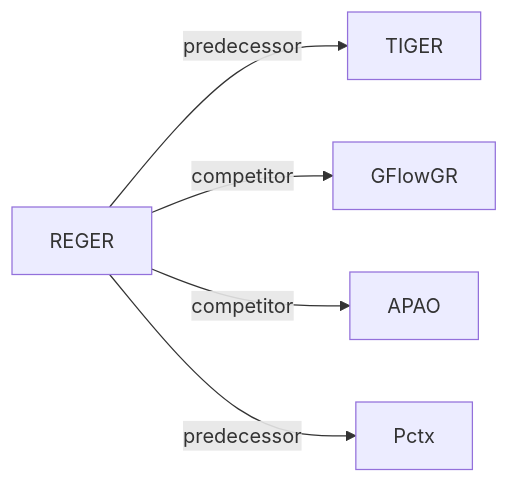
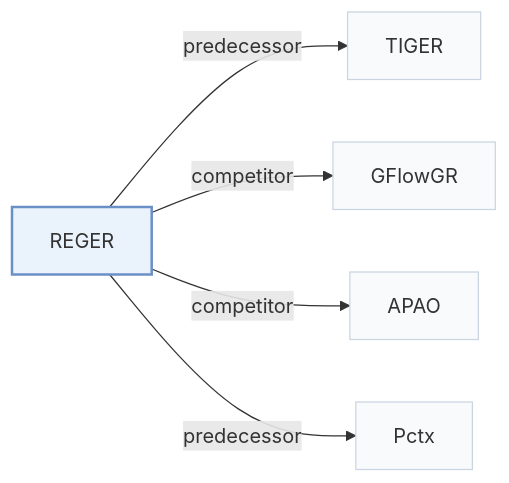
One commit to Galaxy-ghost/Awesome-SID-Generative-Rec changed the second of 2 diagrams in pages/papers/reger.md. Above: the diagram before and after it, drawn with Mermaid. The commit also changed other lines of this file and 649 other files, not shown here.

Commit message:
writer-05: also tags and modality index (schema, check, build, visuals); summary field removed; calibration data for 12 papers

````diff
--- a/pages/papers/reger.md
+++ b/pages/papers/reger.md
@@ -67,8 +74,12 @@
 ```mermaid
 flowchart LR
     P["REGER"]
-    P -->|predecessor| A["TIGER"]
-    P -->|competitor| B["GFlowGR"]
-    P -->|competitor| C["APAO"]
-    P -->|predecessor| D["Pctx"]
+    P -->|"predecessor"| A["TIGER"]
+    P -->|"competitor"| B["GFlowGR"]
+    P -->|"competitor"| C["APAO"]
+    P -->|"predecessor"| D["Pctx"]
+    classDef main fill:#eaf2fb,stroke:#6b8fc7,stroke-width:2px
+    classDef peer fill:#f8fafc,stroke:#cbd5e1
+    class P main
+    class A,B,C,D peer
 ```
````
